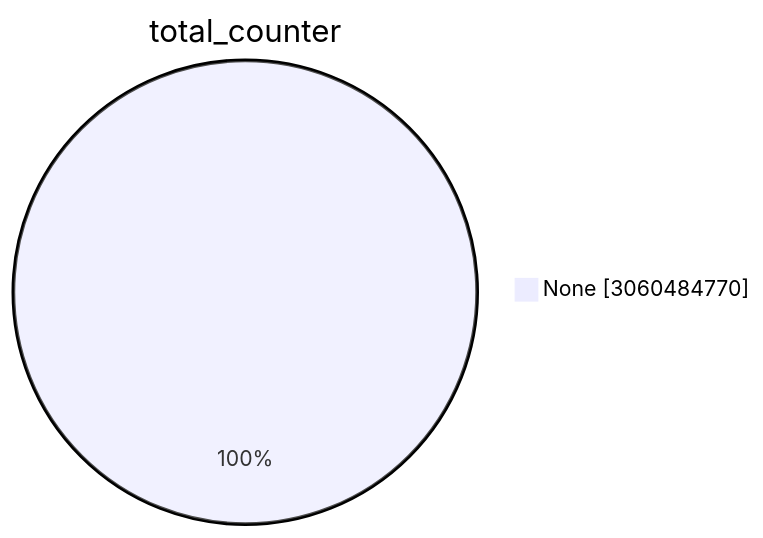
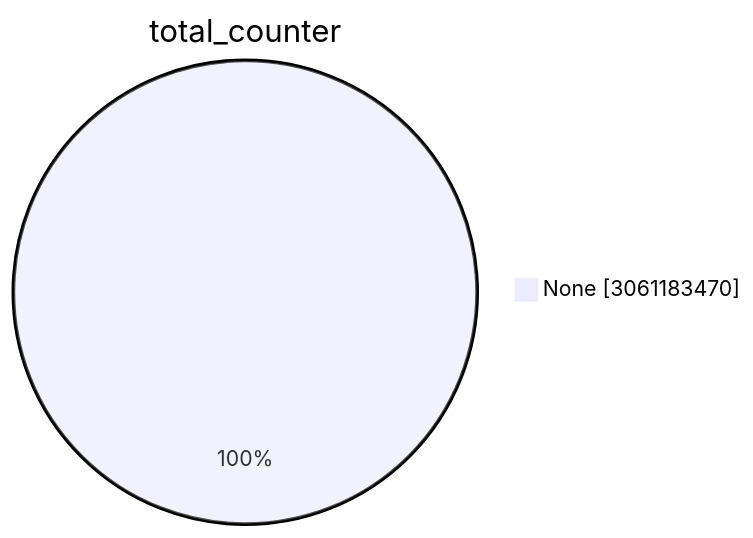
The first of 15 diagrams in TOTAL/README.md (christiankrug/ctmonitor_visualization), drawn with Mermaid before and after one commit. The commit also changed other lines of this file, not shown here.

````diff
--- a/TOTAL/README.md
+++ b/TOTAL/README.md
@@ -1,5 +1,5 @@
 ```mermaid
 pie showData
 title total_counter
-"None" :3060484770
+"None" :3061183470
 ```
````
